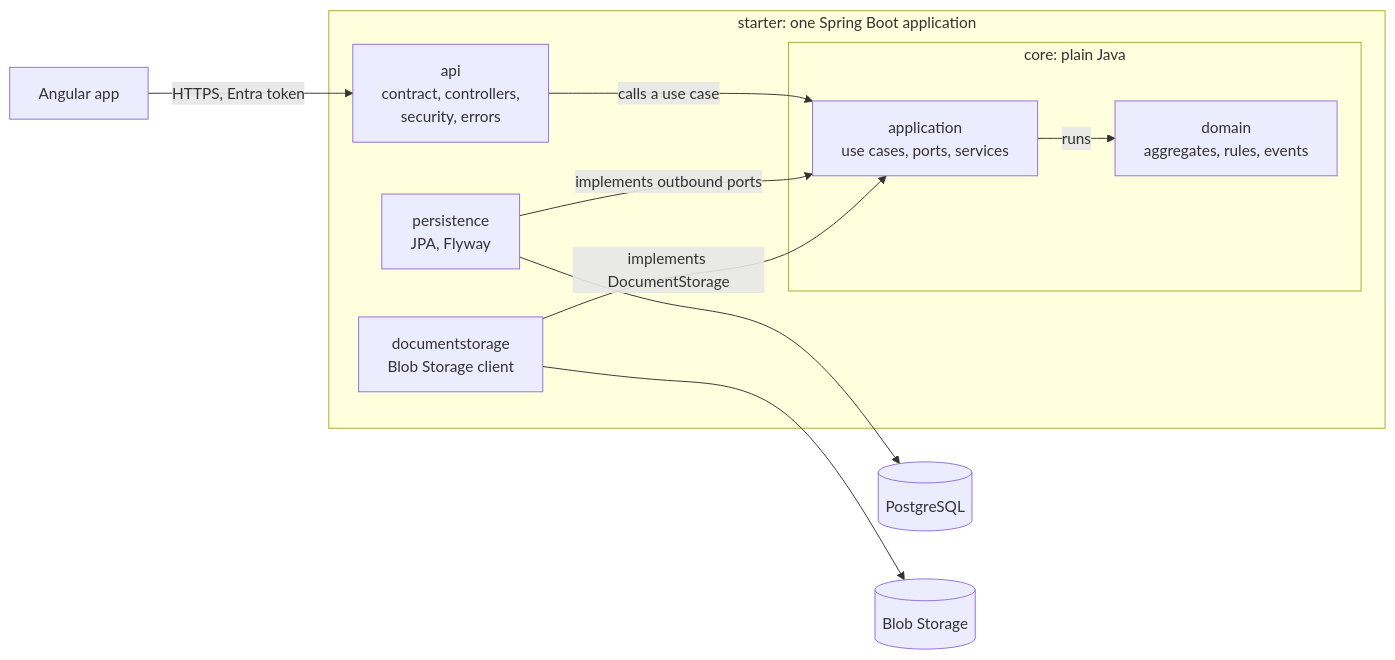
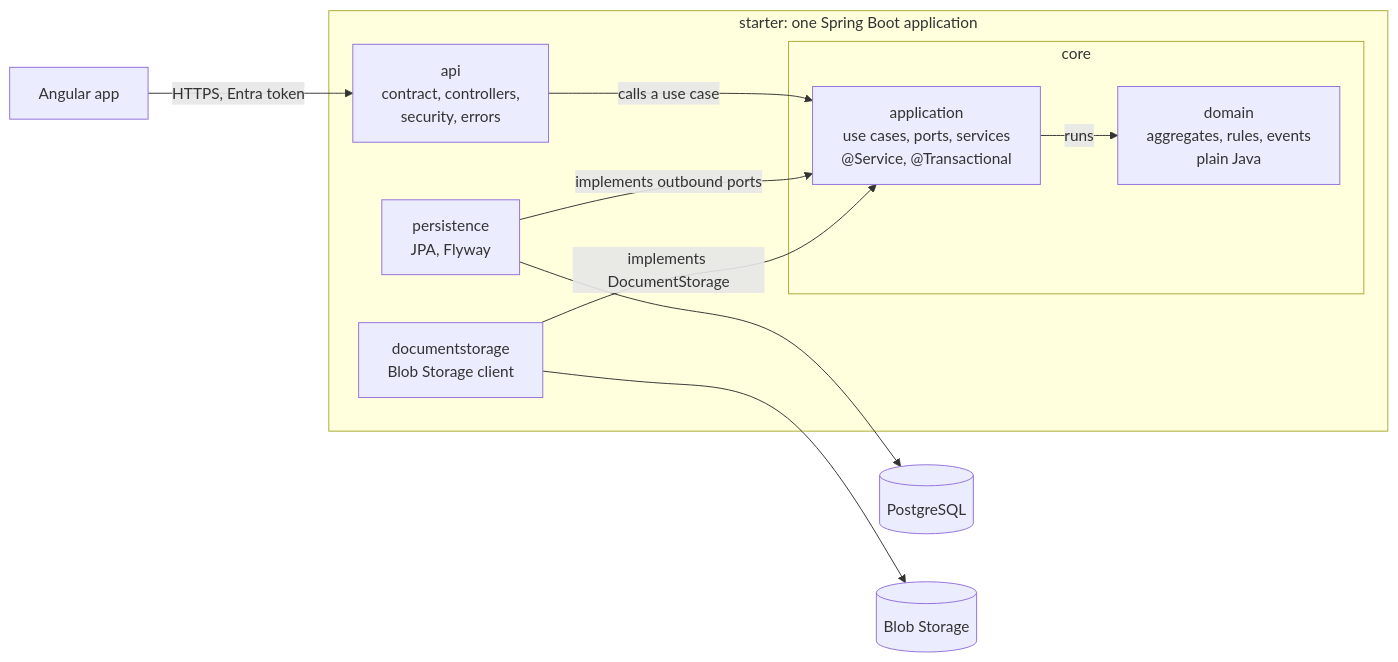
Before and after one commit to AchZak/civicgrant: the first of 2 diagrams in README.md, drawn with Mermaid. The commit also changed other lines of this file and 26 other files, not shown here.

````diff
--- a/README.md
+++ b/README.md
@@ -61,19 +61,19 @@
 ```mermaid
 flowchart LR
     client["Angular app"] -->|"HTTPS, Entra token"| api
     subgraph app["starter: one Spring Boot application"]
         api["api<br/>contract, controllers,<br/>security, errors"]
-        subgraph core["core: plain Java"]
-            application["application<br/>use cases, ports, services"]
-            domain["domain<br/>aggregates, rules, events"]
+        subgraph core["core"]
+            application["application<br/>use cases, ports, services<br/>@Service, @Transactional"]
+            domain["domain<br/>aggregates, rules, events<br/>plain Java"]
             application -->|"runs"| domain
         end
         persistence["persistence<br/>JPA, Flyway"]
         documentstorage["documentstorage<br/>Blob Storage client"]
         api -->|"calls a use case"| application
         persistence -->|"implements outbound ports"| application
         documentstorage -->|"implements DocumentStorage"| application
     end
     persistence --> db[("PostgreSQL")]
     documentstorage --> blob[("Blob Storage")]
 ```
````
